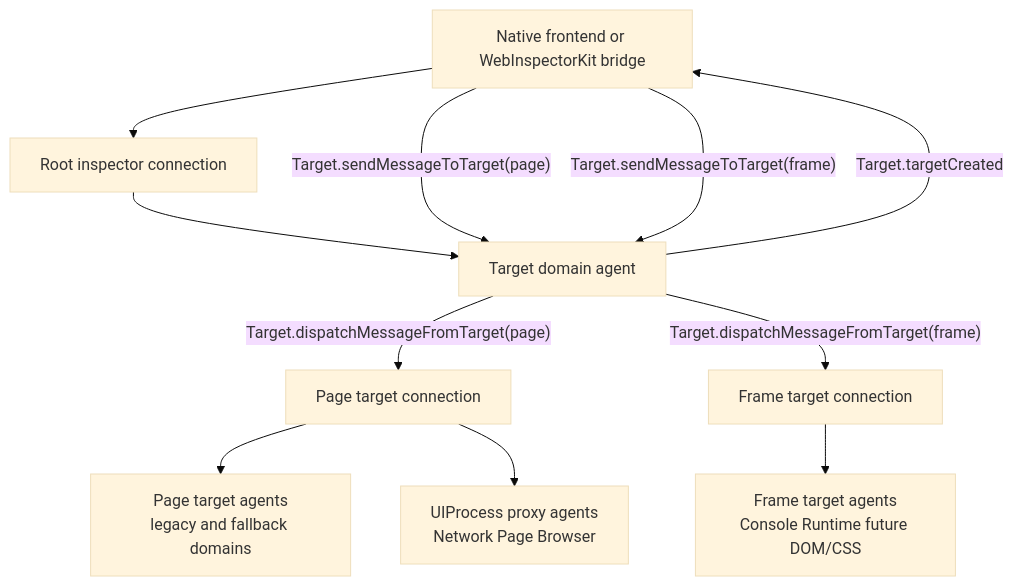
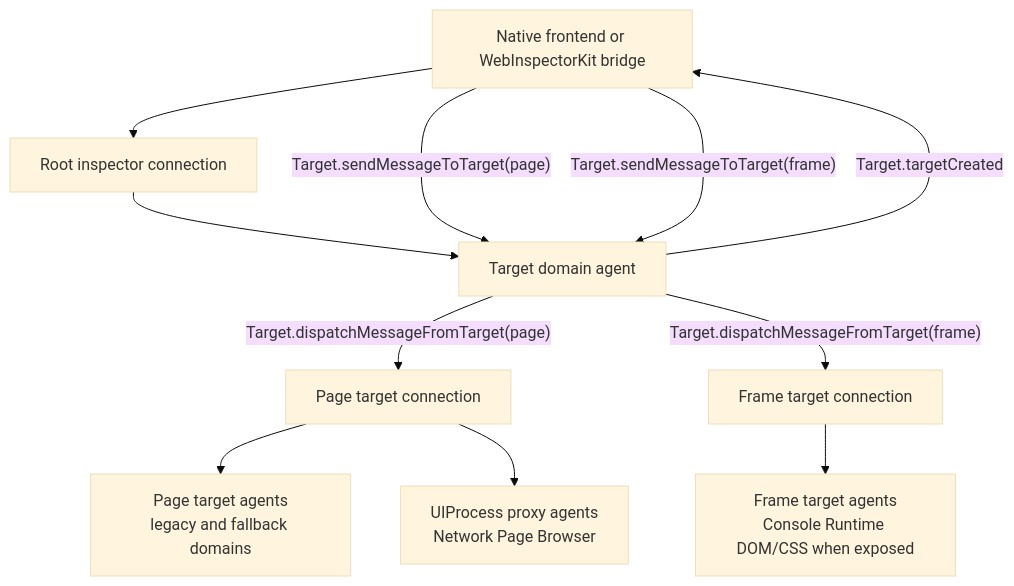
Before and after one commit to lynnswap/WebInspectorKit: the first of 3 diagrams in Sources/V2_WebInspectorCore/Docs/TransportResearch.md, drawn with Mermaid (base theme). The commit also changed other lines of this file and 10 other files, not shown here.

````diff
--- a/Sources/V2_WebInspectorCore/Docs/TransportResearch.md
+++ b/Sources/V2_WebInspectorCore/Docs/TransportResearch.md
@@ -23,22 +21,22 @@
 ```mermaid
 flowchart TD
     Host["Native frontend or WebInspectorKit bridge"]
     Root["Root inspector connection"]
     TargetAgent["Target domain agent"]
     PageTarget["Page target connection"]
     FrameTarget["Frame target connection"]
     PageAgents["Page target agents<br/>legacy and fallback domains"]
     UIProcessAgents["UIProcess proxy agents<br/>Network Page Browser"]
-    FrameAgents["Frame target agents<br/>Console Runtime future DOM/CSS"]
+    FrameAgents["Frame target agents<br/>Console Runtime DOM/CSS when exposed"]
 
     Host --> Root
     Root --> TargetAgent
     TargetAgent -- "Target.targetCreated" --> Host
     Host -- "Target.sendMessageToTarget(page)" --> TargetAgent
     Host -- "Target.sendMessageToTarget(frame)" --> TargetAgent
     TargetAgent -- "Target.dispatchMessageFromTarget(page)" --> PageTarget
     TargetAgent -- "Target.dispatchMessageFromTarget(frame)" --> FrameTarget
     PageTarget --> PageAgents
     PageTarget --> UIProcessAgents
     FrameTarget --> FrameAgents
 ```
````
